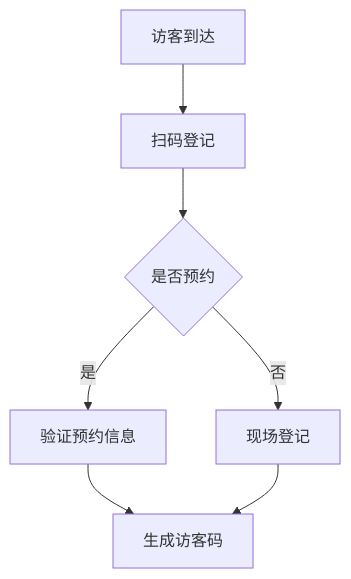
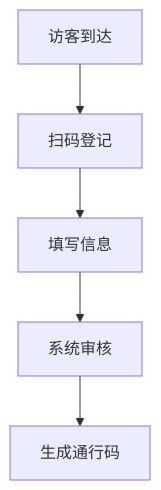
The diagram in devel/requirement.md (yuhaibao39/n8ndeploy), drawn with Mermaid before and after one commit. The commit also changed other lines of this file, not shown here.

````diff
--- a/devel/requirement.md
+++ b/devel/requirement.md
@@ -23,9 +20,7 @@
 ```mermaid
 graph TD
-    A[访客到达] --> B[扫码登记]
-    B --> C{是否预约}
-    C -->|是| D[验证预约信息]
-    C -->|否| E[现场登记]
-    D --> F[生成访客码]
-    E --> F
+A[访客到达] --> B[扫码登记]
+B --> C[填写信息]
+C --> D[系统审核]
+D --> E[生成通行码]
 ```
````
